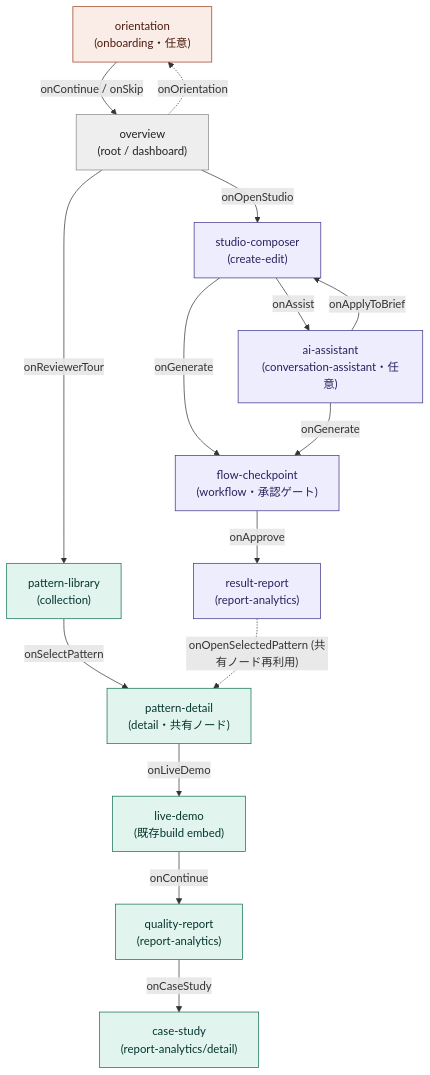
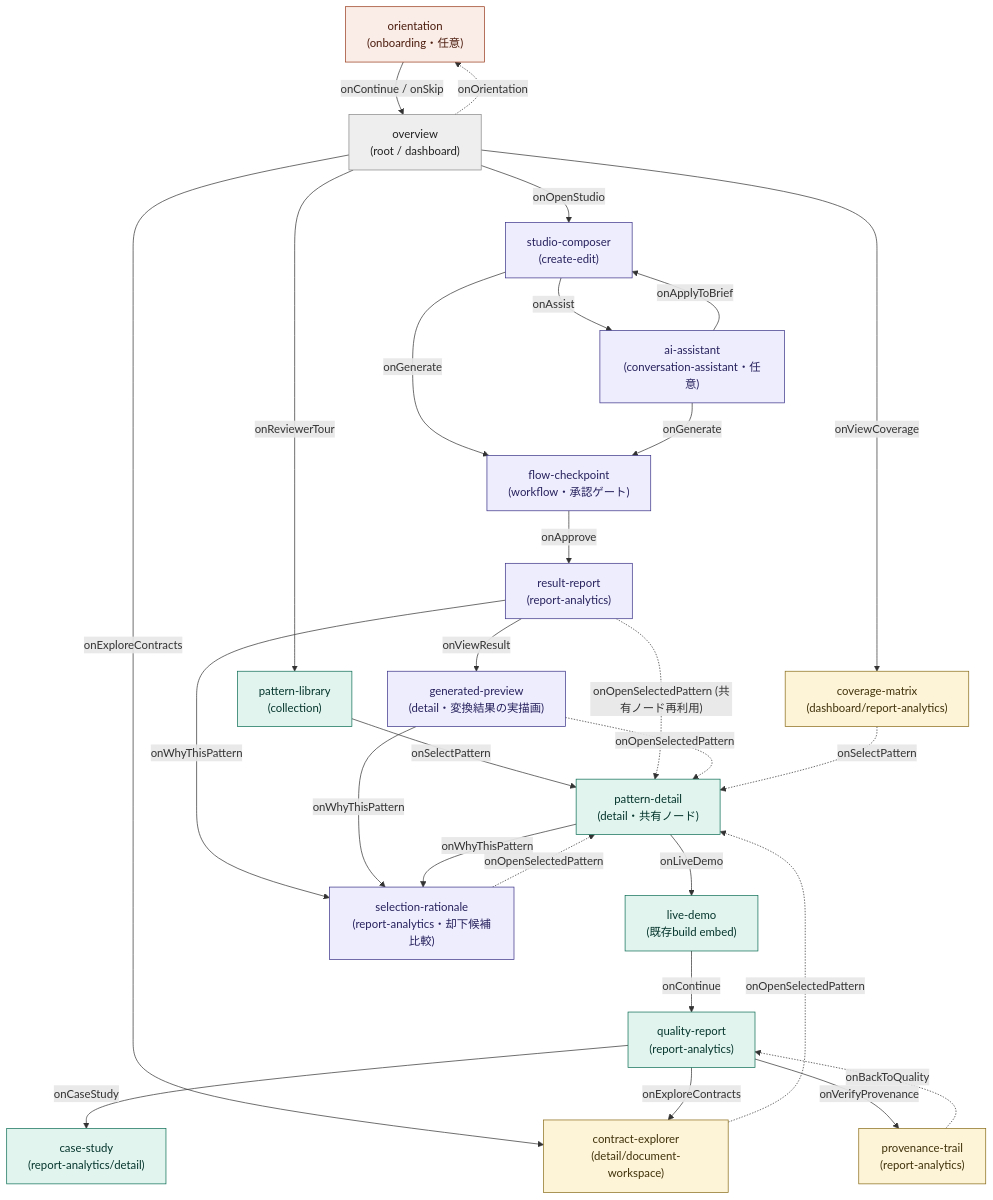
One commit to higgs1729/react-shadcn changed the diagram in docs/archive/personal/tomoy/AI-Design-System-Studio.md. Above: the diagram before and after it, drawn with Mermaid. The commit also changed other lines of this file and 20 other files, not shown here.

First line of the commit message:
feat: enhance FlowSpec and SelectionSpec with state inventory model

````diff
--- a/docs/archive/personal/tomoy/AI-Design-System-Studio.md
+++ b/docs/archive/personal/tomoy/AI-Design-System-Studio.md
@@ -102,37 +103,57 @@
 ```mermaid
 flowchart TD
     orientation["orientation<br/>(onboarding・任意)"]:::firstVisit
     overview["overview<br/>(root / dashboard)"]:::hub
     patternLibrary["pattern-library<br/>(collection)"]:::reviewer
     patternDetail["pattern-detail<br/>(detail・共有ノード)"]:::reviewer
     liveDemo["live-demo<br/>(既存build embed)"]:::reviewer
     qualityReport["quality-report<br/>(report-analytics)"]:::reviewer
     caseStudy["case-study<br/>(report-analytics/detail)"]:::reviewer
     studioComposer["studio-composer<br/>(create-edit)"]:::studio
     aiAssistant["ai-assistant<br/>(conversation-assistant・任意)"]:::studio
     flowCheckpoint["flow-checkpoint<br/>(workflow・承認ゲート)"]:::studio
     resultReport["result-report<br/>(report-analytics)"]:::studio
+    generatedPreview["generated-preview<br/>(detail・変換結果の実描画)"]:::studio
+    selectionRationale["selection-rationale<br/>(report-analytics・却下候補比較)"]:::studio
+    contractExplorer["contract-explorer<br/>(detail/document-workspace)"]:::evaluator
+    provenanceTrail["provenance-trail<br/>(report-analytics)"]:::evaluator
+    coverageMatrix["coverage-matrix<br/>(dashboard/report-analytics)"]:::evaluator
 
     orientation -- "onContinue / onSkip" --> overview
 
     overview -- "onReviewerTour" --> patternLibrary
     patternLibrary -- "onSelectPattern" --> patternDetail
     patternDetail -- "onLiveDemo" --> liveDemo
     liveDemo -- "onContinue" --> qualityReport
     qualityReport -- "onCaseStudy" --> caseStudy
 
     overview -- "onOpenStudio" --> studioComposer
     studioComposer -- "onAssist" --> aiAssistant
     aiAssistant -- "onApplyToBrief" --> studioComposer
     studioComposer -- "onGenerate" --> flowCheckpoint
     aiAssistant -- "onGenerate" --> flowCheckpoint
     flowCheckpoint -- "onApprove" --> resultReport
+    resultReport -- "onViewResult" --> generatedPreview
+    resultReport -- "onWhyThisPattern" --> selectionRationale
     resultReport -. "onOpenSelectedPattern (共有ノード再利用)" .-> patternDetail
+    generatedPreview -. "onOpenSelectedPattern" .-> patternDetail
+    generatedPreview -- "onWhyThisPattern" --> selectionRationale
+    selectionRationale -. "onOpenSelectedPattern" .-> patternDetail
+    patternDetail -- "onWhyThisPattern" --> selectionRationale
+
+    overview -- "onExploreContracts" --> contractExplorer
+    overview -- "onViewCoverage" --> coverageMatrix
+    qualityReport -- "onExploreContracts" --> contractExplorer
+    qualityReport -- "onVerifyProvenance" --> provenanceTrail
+    contractExplorer -. "onOpenSelectedPattern" .-> patternDetail
+    provenanceTrail -. "onBackToQuality" .-> qualityReport
+    coverageMatrix -. "onSelectPattern" .-> patternDetail
 
     overview -. "onOrientation" .-> orientation
 
     classDef hub fill:#eee,stroke:#888,color:#222
     classDef reviewer fill:#e1f5ee,stroke:#0f6e56,color:#04342c
     classDef studio fill:#eeedfe,stroke:#3c3489,color:#26215c
     classDef firstVisit fill:#faece7,stroke:#993c1d,color:#4a1b0c
+    classDef evaluator fill:#fdf3d7,stroke:#8a6d1a,color:#3f320a
 ```
````
